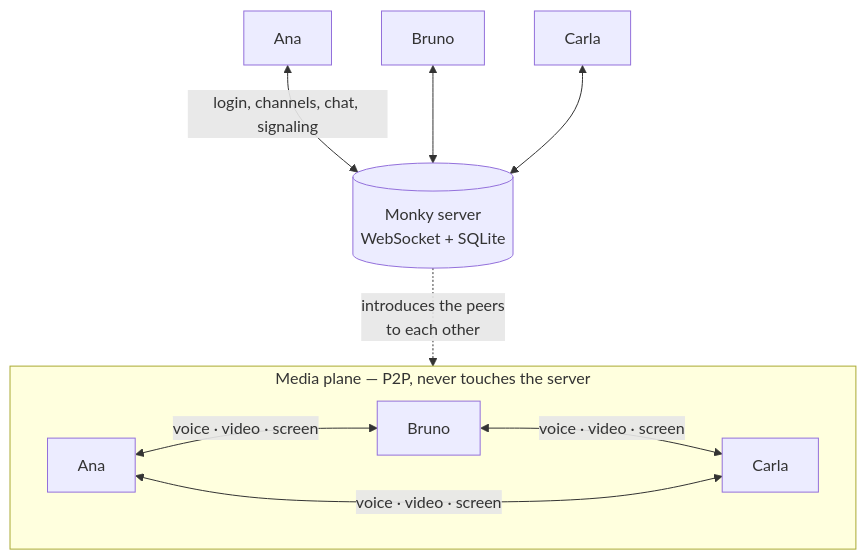
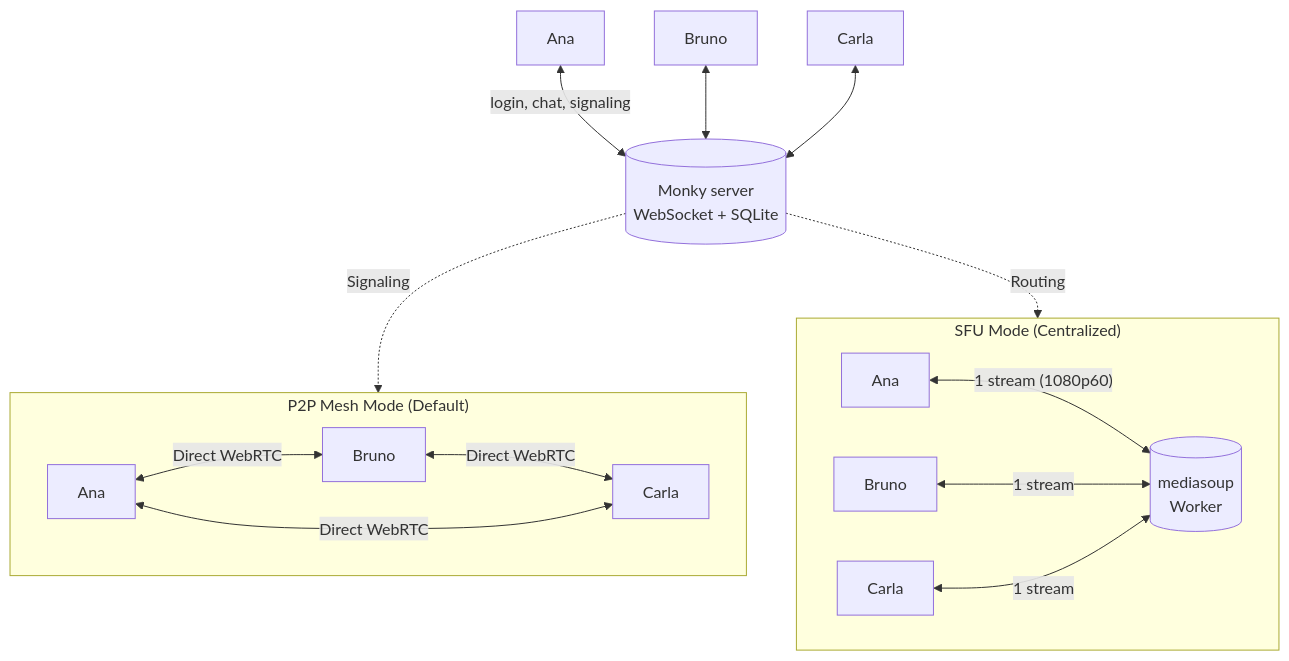
The diagram in README.en.md (MiniVoiceOrg/Mini_Voice), drawn with Mermaid before and after one commit. The commit also changed other lines of this file and 8 other files, not shown here.

First line of the commit message:
docs: update tutorials, README and technical specs with SFU mode details

````diff
--- a/README.en.md
+++ b/README.en.md
@@ -57,16 +57,24 @@
 ```mermaid
 flowchart TB
-    subgraph MP["Media plane — P2P, never touches the server"]
+    subgraph P2P["P2P Mesh Mode (Default)"]
         direction LR
-        A2["Ana"] <-->|"voice · video · screen"| B2["Bruno"]
-        B2 <-->|"voice · video · screen"| C2["Carla"]
-        A2 <-->|"voice · video · screen"| C2
+        A1["Ana"] <-->|"Direct WebRTC"| B1["Bruno"]
+        B1 <-->|"Direct WebRTC"| C1["Carla"]
+        A1 <-->|"Direct WebRTC"| C1
+    end
+
+    subgraph SFU["SFU Mode (Centralized)"]
+        direction LR
+        A2["Ana"] <-->|"1 stream (1080p60)"| MS[("mediasoup<br/>Worker")]
+        B2["Bruno"] <-->|"1 stream"| MS
+        C2["Carla"] <-->|"1 stream"| MS
     end
 
     S[("Monky server<br/>WebSocket + SQLite")]
-    A["Ana"] <-->|"login, channels, chat, signaling"| S
+    A["Ana"] <-->|"login, chat, signaling"| S
     B["Bruno"] <--> S
     C["Carla"] <--> S
 
-    S -.->|"introduces the peers<br/>to each other"| MP
+    S -.->|"Signaling"| P2P
+    S -.->|"Routing"| SFU
 ```
````
